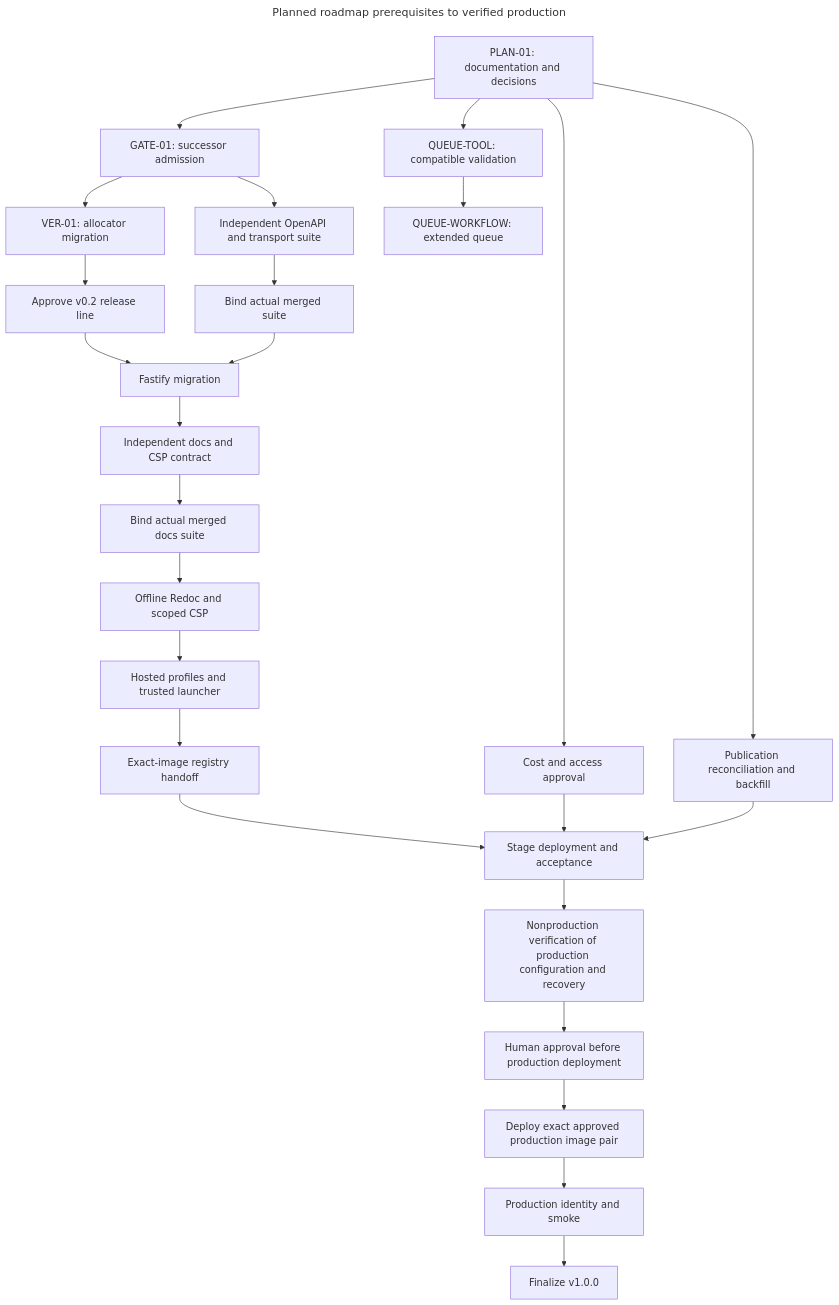
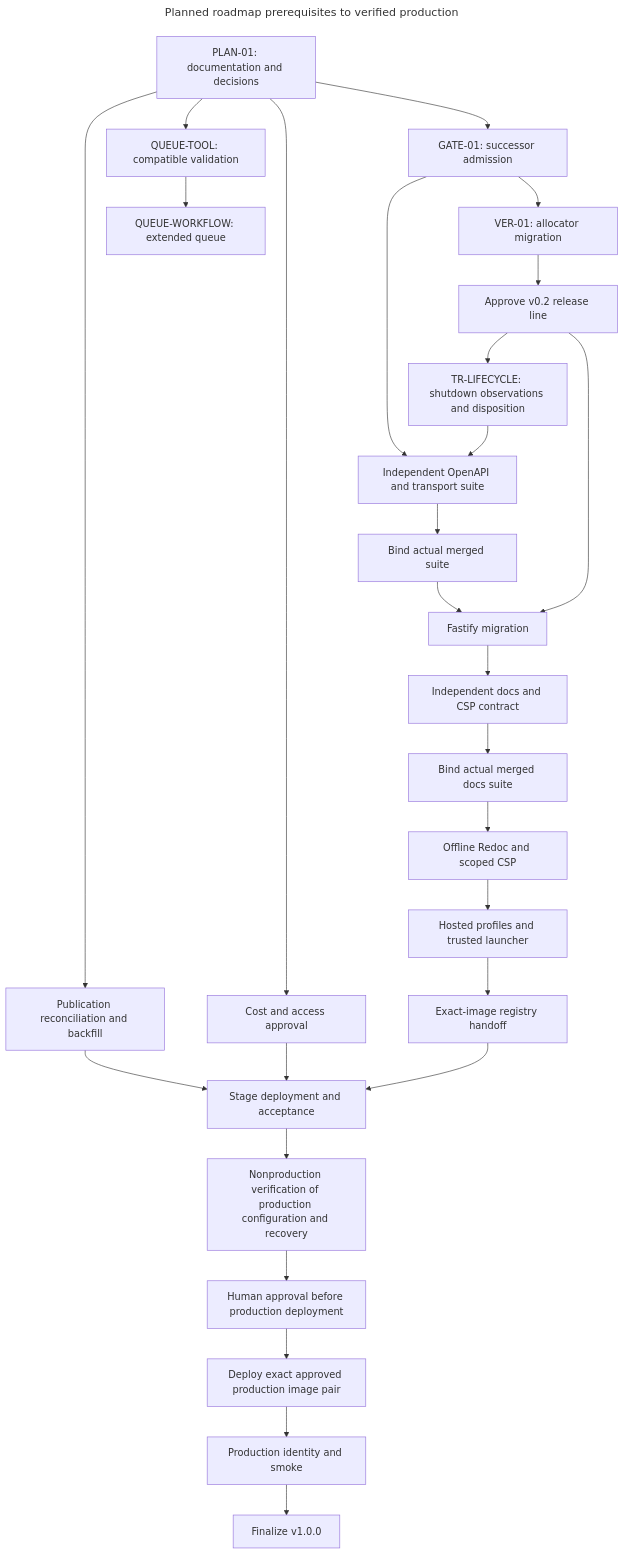
One commit to brobro10000/mp3-frame-counter changed the diagram in docs/roadmap/diagrams/dependencies.mmd. Above: the diagram before and after it, drawn with Mermaid. The commit also changed 8 other files, not shown here.

```diff
--- a/docs/roadmap/diagrams/dependencies.mmd
+++ b/docs/roadmap/diagrams/dependencies.mmd
@@ -1,36 +1,39 @@
 ---
 title: Planned roadmap prerequisites to verified production
 query: >-
   Show the adopted planning order, not implemented automation. Acceptance-gate migration precedes independent
   successor suites and actual merge binding. Version allocation precedes release-line activation. Transport and
-  docs successors are separate. Conditional queue-tooling support precedes live queue syntax and is not a hosting
-  prerequisite because reconciliation is the selected fallback. Stage and production evidence precede v1.0.0.
+  docs successors are separate. Verified line activation and truthful lifecycle observations precede transport
+  authoring. Conditional queue-tooling support precedes live queue syntax and is not a hosting prerequisite because
+  reconciliation is the selected fallback. Stage and production evidence precede v1.0.0.
 references:
   - 'File: /docs/roadmap/README.md'
   - 'File: /docs/phases/next-iteration.md'
 ---
 flowchart TD
     PLAN["PLAN-01: documentation and decisions"] --> GATE["GATE-01: successor admission"]
     GATE --> VER["VER-01: allocator migration"]
     VER --> LINE["Approve v0.2 release line"]
-    GATE --> TRANSPORT["Independent OpenAPI and transport suite"]
+    LINE --> LIFECYCLE["TR-LIFECYCLE: shutdown observations and disposition"]
+    LIFECYCLE --> TRANSPORT["Independent OpenAPI and transport suite"]
+    GATE --> TRANSPORT
     TRANSPORT --> TBIND["Bind actual merged suite"]
     LINE --> FASTIFY["Fastify migration"]
     TBIND --> FASTIFY
     FASTIFY --> DOCS["Independent docs and CSP contract"]
     DOCS --> DBIND["Bind actual merged docs suite"]
     DBIND --> REDOC["Offline Redoc and scoped CSP"]
     REDOC --> HOSTTEST["Hosted profiles and trusted launcher"]
     HOSTTEST --> REGISTRY["Exact-image registry handoff"]
     PLAN --> COST["Cost and access approval"]
     REGISTRY --> STAGE["Stage deployment and acceptance"]
     COST --> STAGE
     STAGE --> CANDIDATE["Nonproduction verification of production configuration and recovery"]
     CANDIDATE --> LAUNCH["Human approval before production deployment"]
     LAUNCH --> DEPLOY["Deploy exact approved production image pair"]
     DEPLOY --> SMOKE["Production identity and smoke"]
     SMOKE --> V1["Finalize v1.0.0"]
     PLAN --> RECON["Publication reconciliation and backfill"]
     RECON --> STAGE
     PLAN --> TOOL["QUEUE-TOOL: compatible validation"]
     TOOL --> QUEUE["QUEUE-WORKFLOW: extended queue"]
```
